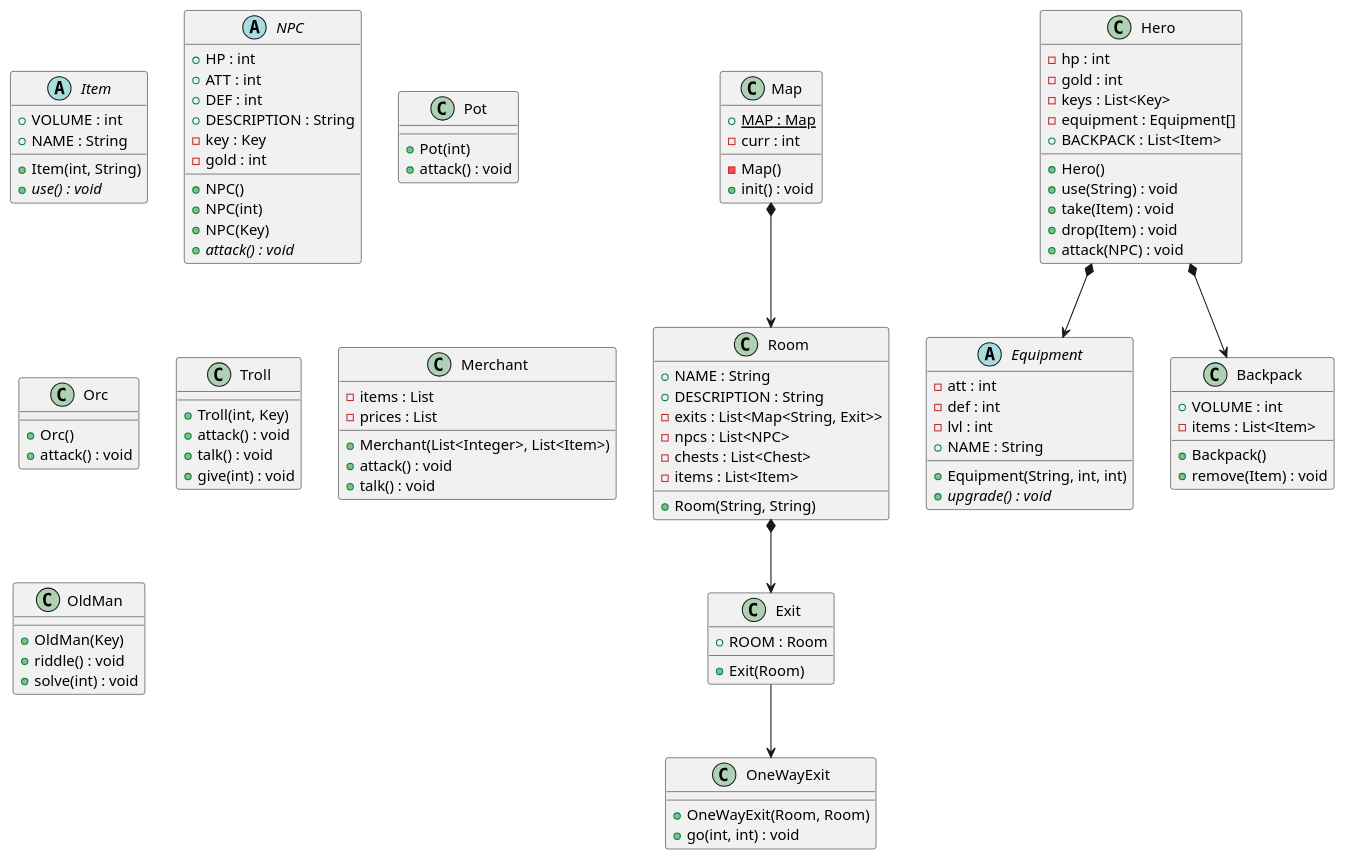
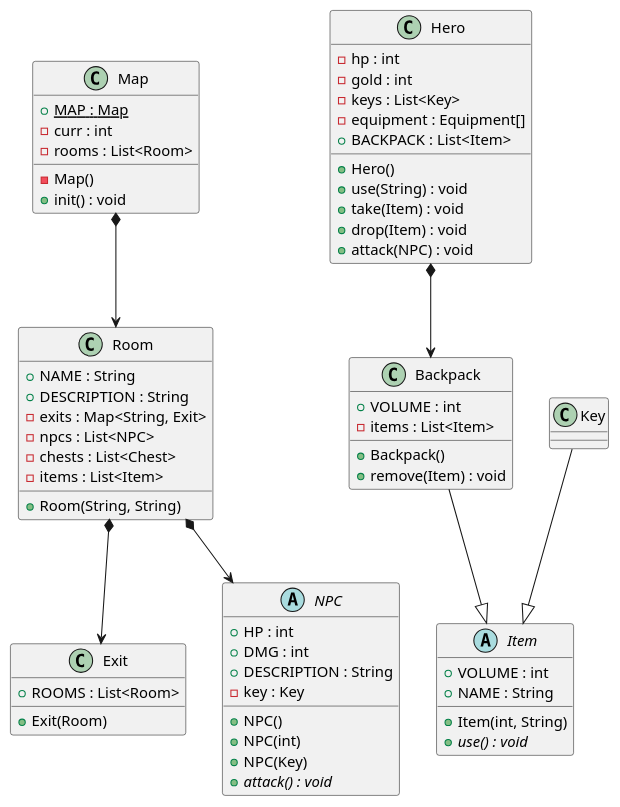
One commit to thebattlecrw/OOP_Project changed the diagram in diagram.wsd. Above: the diagram before and after it, drawn with PlantUML. The commit also changed 1 other file, not shown here.

```diff
--- a/diagram.wsd
+++ b/diagram.wsd
@@ -1,130 +1,78 @@
 @startuml Adventure
 
 class Room{
     + NAME : String
     + DESCRIPTION : String
-    - exits : List<Map<String, Exit>>
+    - exits : Map<String, Exit>
     - npcs : List<NPC>
     - chests : List<Chest>
     - items : List<Item>
 
     + Room(String, String) 
 }
 
 class Map{
     + {static}MAP : Map
     - curr : int
-    
+    - rooms : List<Room>
+
     - Map()
     + init() : void
 }
 
 class Exit{
-    + ROOM : Room
+    + ROOMS : List<Room>
     
     + Exit(Room)
-}
-
-class OneWayExit{
-
-    + OneWayExit(Room, Room)
-    + go(int, int) : void
 }
 
 abstract class Item{
     + VOLUME : int
     + NAME : String
 
     + Item(int, String)
     + {abstract}use() : void
-}
-
-abstract class Equipment{
-    - att : int
-    - def : int
-    - lvl : int
-    + NAME : String
-
-    + Equipment(String, int, int)
-    + {abstract}upgrade() : void 
 }
 
 class Backpack{
     + VOLUME : int
     - items : List<Item>
 
     + Backpack()
     + remove(Item) : void
 }
 
 class Hero{
     - hp : int
     - gold : int
     - keys : List<Key>
     - equipment : Equipment[]
     + BACKPACK : List<Item>
 
     + Hero()
     + use(String) : void
     + take(Item) : void
     + drop(Item) : void
     + attack(NPC) : void
 }
 
 abstract class NPC{
     + HP : int
-    + ATT : int
-    + DEF : int
+    + DMG : int
     + DESCRIPTION : String
     - key : Key
-    - gold : int
 
     + NPC()
     + NPC(int)
     + NPC(Key) 
-    + {abstract}attack() : void
+    + {abstract} attack() : void
 }
 
-class Pot{
-
-    + Pot(int)
-    + attack() : void
-}
-
-class Orc{
-     
-    + Orc() 
-    + attack() : void
-}
-
-class Troll{
-    
-    + Troll(int, Key)
-    + attack() : void
-    + talk() : void
-    + give(int) : void
-}
-
-class Merchant{
-    - items : List
-    - prices : List
-
-    + Merchant(List<Integer>, List<Item>)
-    + attack() : void
-    + talk() : void
-}
-
-class OldMan{
-
-    + OldMan(Key)
-    + riddle() : void
-    + solve(int) : void
-}
-
-Hero *--> Equipment
 Hero *--> Backpack
+Backpack --|> Item
+Key --|> Item
 Room *--> Exit
+Room *--> NPC
 Map *--> Room
-Exit --> OneWayExit
 
 @enduml
```
